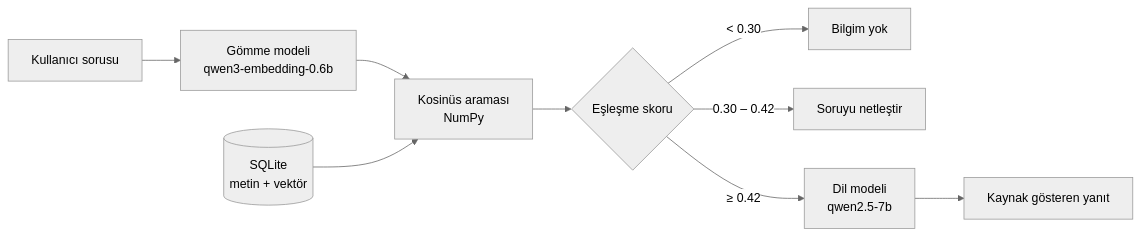
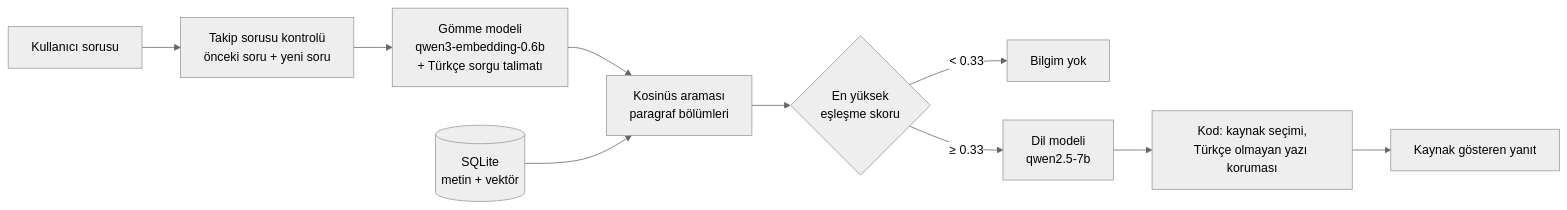
One commit to yilmazhatice/lra changed the diagram in README.md. Above: the diagram before and after it, drawn with Mermaid (neutral theme). The commit also changed other lines of this file, not shown here.

````diff
--- a/README.md
+++ b/README.md
@@ -15,11 +15,12 @@
 ```mermaid
 flowchart LR
-    A[Kullanıcı sorusu] --> B[Gömme modeli<br/>qwen3-embedding-0.6b]
-    B --> C[Kosinüs araması<br/>NumPy]
+    A[Kullanıcı sorusu] --> T[Takip sorusu kontrolü<br/>önceki soru + yeni soru]
+    T --> B[Gömme modeli<br/>qwen3-embedding-0.6b<br/>+ Türkçe sorgu talimatı]
+    B --> C[Kosinüs araması<br/>paragraf bölümleri]
     D[(SQLite<br/>metin + vektör)] --> C
-    C --> E{Eşleşme skoru}
-    E -- "&lt; 0.30" --> F[Bilgim yok]
-    E -- "0.30 – 0.42" --> G[Soruyu netleştir]
-    E -- "≥ 0.42" --> H[Dil modeli<br/>qwen2.5-7b]
-    H --> I[Kaynak gösteren yanıt]
+    C --> E{En yüksek<br/>eşleşme skoru}
+    E -- "&lt; 0.33" --> F[Bilgim yok]
+    E -- "≥ 0.33" --> H[Dil modeli<br/>qwen2.5-7b]
+    H --> K[Kod: kaynak seçimi,<br/>Türkçe olmayan yazı koruması]
+    K --> I[Kaynak gösteren yanıt]
 ```
````
